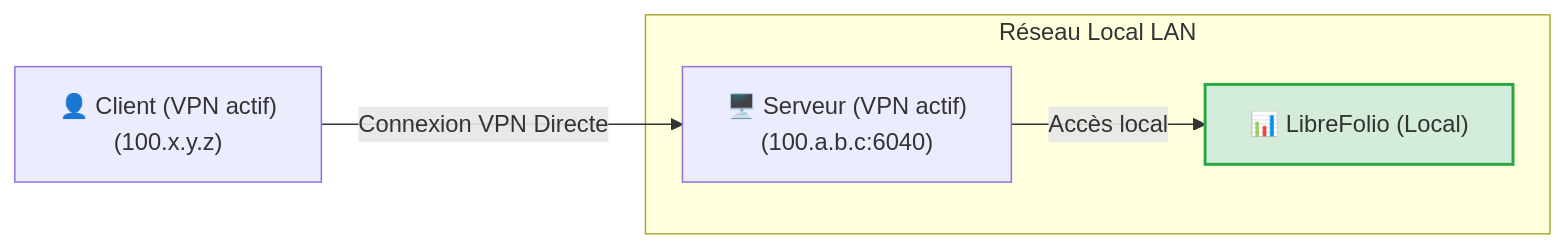
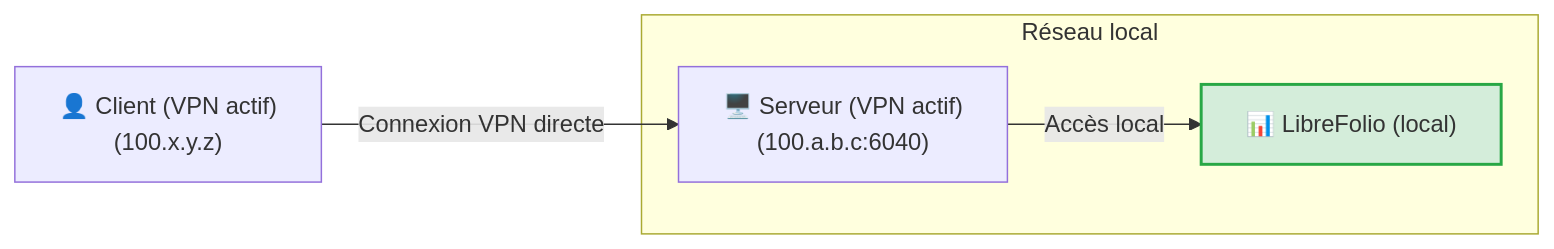
Before and after one commit to Librefolio/LibreFolio: the second of 5 diagrams in mkdocs_src/docs/admin/service_exposure.fr.md, drawn with Mermaid. The commit also changed other lines of this file and 430 other files, not shown here.

````diff
--- a/mkdocs_src/docs/admin/service_exposure.fr.md
+++ b/mkdocs_src/docs/admin/service_exposure.fr.md
@@ -91,8 +96,8 @@
 ```mermaid
 graph LR
- Client["👤 Client (VPN actif)<br>(100.x.y.z)"] -->|Connexion VPN Directe| Server["🖥️ Serveur (VPN actif)<br>(100.a.b.c:6040)"]
- subgraph LAN ["Réseau Local LAN"]
- Server -->|Accès local| LibreFolio["📊 LibreFolio (Local)"]
- end
- style LibreFolio fill:#d4edda,stroke:#28a745,stroke-width:2px;
+    Client["👤 Client (VPN actif)<br>(100.x.y.z)"] -->|Connexion VPN directe| Server["🖥️ Serveur (VPN actif)<br>(100.a.b.c:6040)"]
+    subgraph LAN ["Réseau local"]
+        Server -->|Accès local| LibreFolio["📊 LibreFolio (local)"]
+    end
+    style LibreFolio fill:#d4edda,stroke:#28a745,stroke-width:2px;
 ```
````
